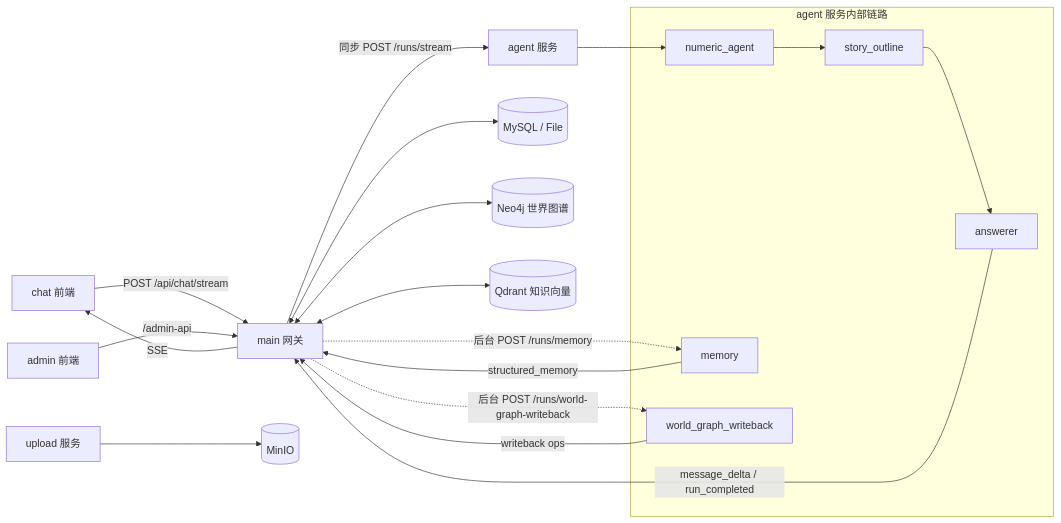
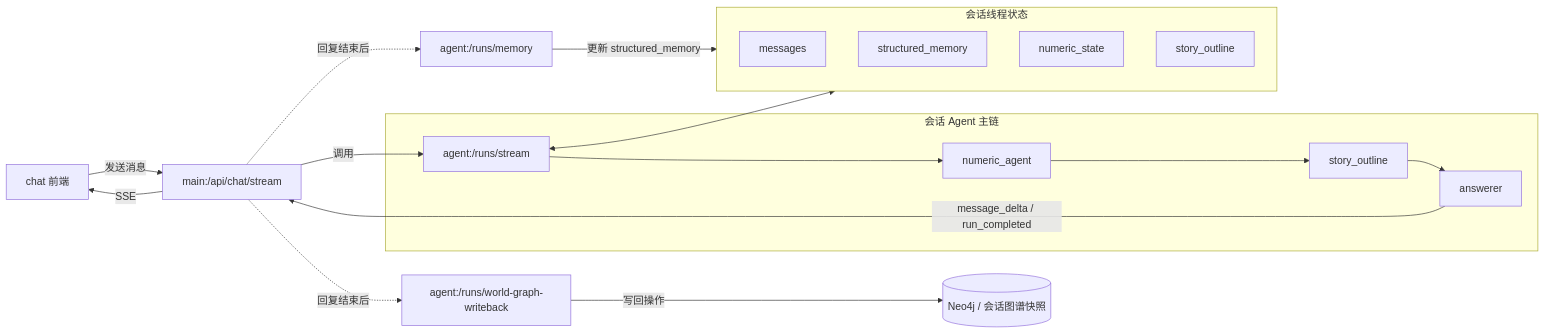
The second of 2 diagrams in README.md (zrbyhelp/MyAiChat), drawn with Mermaid before and after one commit. The commit also changed other lines of this file and 3 other files, not shown here.

Commit message:
docs: 更新说明文档架构与预览动图

````diff
--- a/README.md
+++ b/README.md
@@ -56,25 +78,26 @@
 ```mermaid
 flowchart LR
-  A[chat 前端] -->|POST /api/chat/stream| B[main 网关]
-  H[admin 前端] -->|/admin-api| B
-  B -->|同步 POST /runs/stream| C[agent 服务]
-  subgraph AG[agent 服务内部链路]
-    C1[numeric_agent]
-    C2[story_outline]
-    C3[answerer]
-    C4[memory]
-    C5[world_graph_writeback]
-    C1 --> C2 --> C3
+  A[chat 前端] -->|发送消息| B[main:/api/chat/stream]
+  B -->|调用| C[agent:/runs/stream]
+
+  subgraph S[会话 Agent 主链]
+    C --> D[numeric_agent]
+    D --> E[story_outline]
+    E --> F[answerer]
   end
-  C --> C1
-  C3 -->|message_delta / run_completed| B
+
+  subgraph T[会话线程状态]
+    T1[messages]
+    T2[structured_memory]
+    T3[numeric_state]
+    T4[story_outline]
+  end
+
+  C <--> T
+  F -->|message_delta / run_completed| B
   B -->|SSE| A
-  B -. 后台 POST /runs/memory .-> C4
-  C4 -->|structured_memory| B
-  B -. 后台 POST /runs/world-graph-writeback .-> C5
-  C5 -->|writeback ops| B
-  B <--> D[(MySQL / File)]
-  B <--> E[(Neo4j 世界图谱)]
-  B <--> F[(Qdrant 知识向量)]
-  G[upload 服务] --> I[(MinIO)]
+  B -. 回复结束后 .-> G[agent:/runs/memory]
+  G -->|更新 structured_memory| T
+  B -. 回复结束后 .-> H[agent:/runs/world-graph-writeback]
+  H -->|写回操作| I[(Neo4j / 会话图谱快照)]
 ```
````
